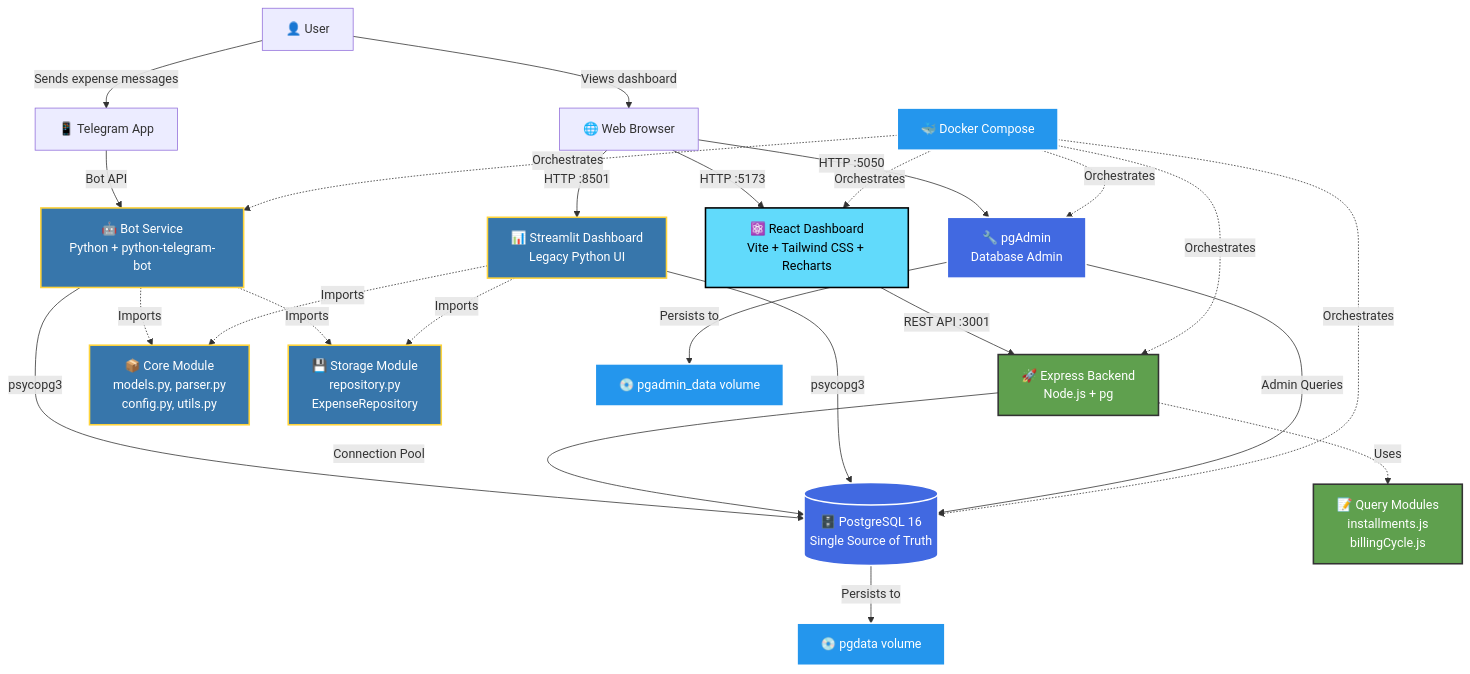
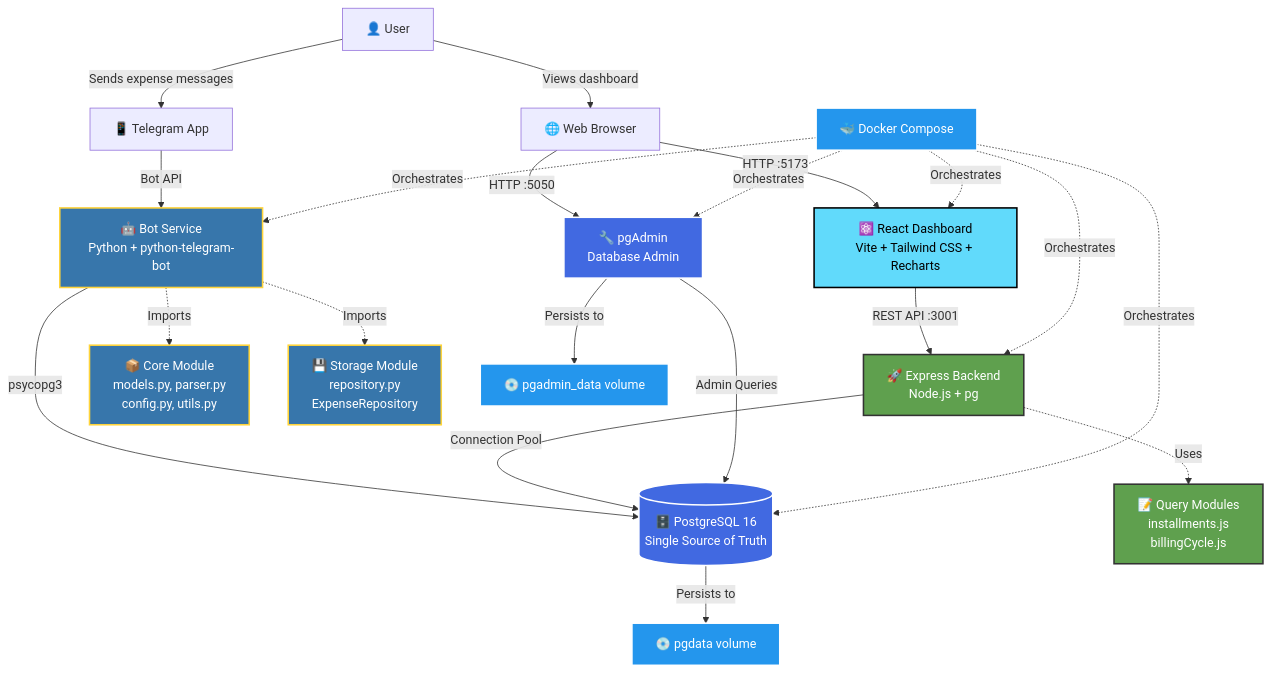
The diagram in README.md (BrunoChiconato/financial-tracker), drawn with Mermaid before and after one commit. The commit also changed other lines of this file and 1 other file, not shown here.

First line of the commit message:
docs: reflect single-dashboard stack

````diff
--- a/README.md
+++ b/README.md
@@ -137,47 +128,43 @@
 ```mermaid
 graph TD
     User[👤 User] -->|Sends expense messages| TG[📱 Telegram App]
     User -->|Views dashboard| Browser[🌐 Web Browser]
 
     TG -->|Bot API| BotService[🤖 Bot Service<br/>Python + python-telegram-bot]
 
     Browser -->|HTTP :5173| ReactApp[⚛️ React Dashboard<br/>Vite + Tailwind CSS + Recharts]
-    Browser -->|HTTP :8501| StreamlitApp[📊 Streamlit Dashboard<br/>Legacy Python UI]
     Browser -->|HTTP :5050| PGAdmin[🔧 pgAdmin<br/>Database Admin]
 
     ReactApp -->|REST API :3001| ExpressAPI[🚀 Express Backend<br/>Node.js + pg]
 
     BotService -->|psycopg3| PostgresDB[(🗄️ PostgreSQL 16<br/>Single Source of Truth)]
     ExpressAPI -->|Connection Pool| PostgresDB
-    StreamlitApp -->|psycopg3| PostgresDB
     PGAdmin -->|Admin Queries| PostgresDB
 
     BotService -.->|Imports| CoreModule[📦 Core Module<br/>models.py, parser.py<br/>config.py, utils.py]
     BotService -.->|Imports| StorageModule[💾 Storage Module<br/>repository.py<br/>ExpenseRepository]
-    StreamlitApp -.->|Imports| CoreModule
-    StreamlitApp -.->|Imports| StorageModule
 
     ExpressAPI -.->|Uses| QueryModules[📝 Query Modules<br/>installments.js<br/>billingCycle.js]
 
     Docker[🐳 Docker Compose] -.->|Orchestrates| BotService
     Docker -.->|Orchestrates| ExpressAPI
     Docker -.->|Orchestrates| ReactApp
     Docker -.->|Orchestrates| PostgresDB
     Docker -.->|Orchestrates| PGAdmin
 
     PostgresDB -->|Persists to| Volume1[💿 pgdata volume]
     PGAdmin -->|Persists to| Volume2[💿 pgadmin_data volume]
 
     classDef pythonService fill:#3776AB,stroke:#FFD43B,stroke-width:2px,color:#fff
     classDef nodeService fill:#5FA04E,stroke:#333,stroke-width:2px,color:#fff
     classDef reactService fill:#61DAFB,stroke:#000,stroke-width:2px,color:#000
     classDef database fill:#4169E1,stroke:#fff,stroke-width:2px,color:#fff
     classDef module fill:#666,stroke:#333,stroke-width:2px,color:#fff
     classDef infrastructure fill:#2496ED,stroke:#fff,stroke-width:2px,color:#fff
 
-    class BotService,StreamlitApp,CoreModule,StorageModule pythonService
+    class BotService,CoreModule,StorageModule pythonService
     class ExpressAPI,QueryModules nodeService
-    class ReactApp,ViteServer reactService
+    class ReactApp reactService
     class PostgresDB,PGAdmin database
     class Docker,Volume1,Volume2 infrastructure
 ```
````
